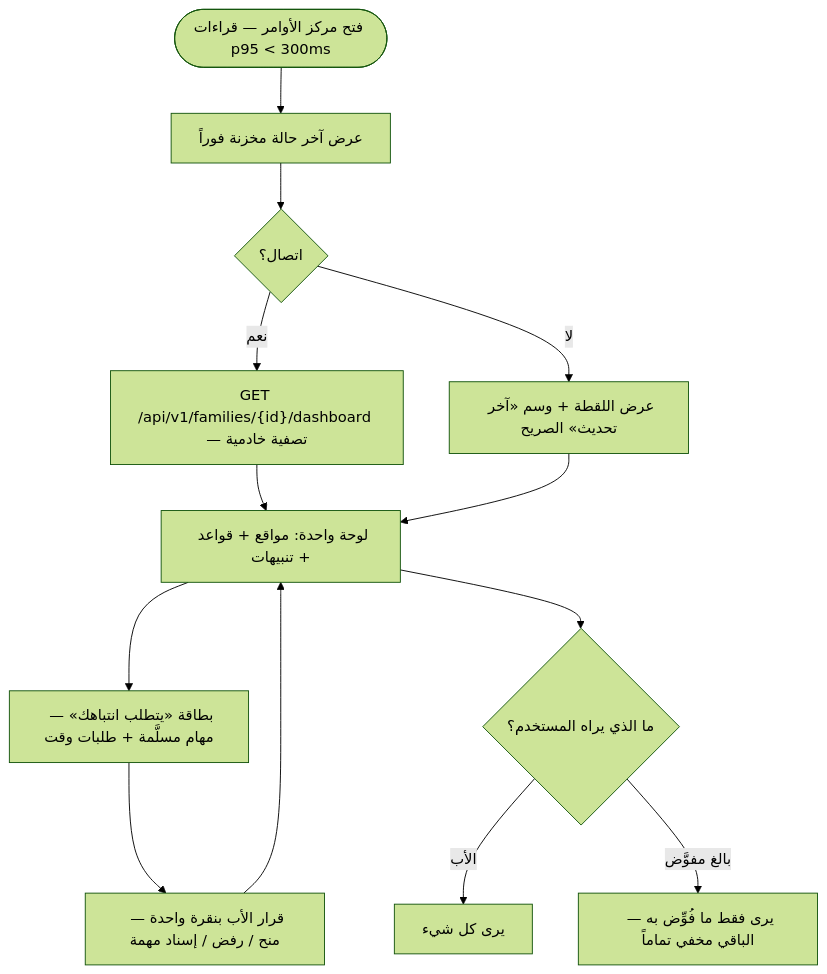
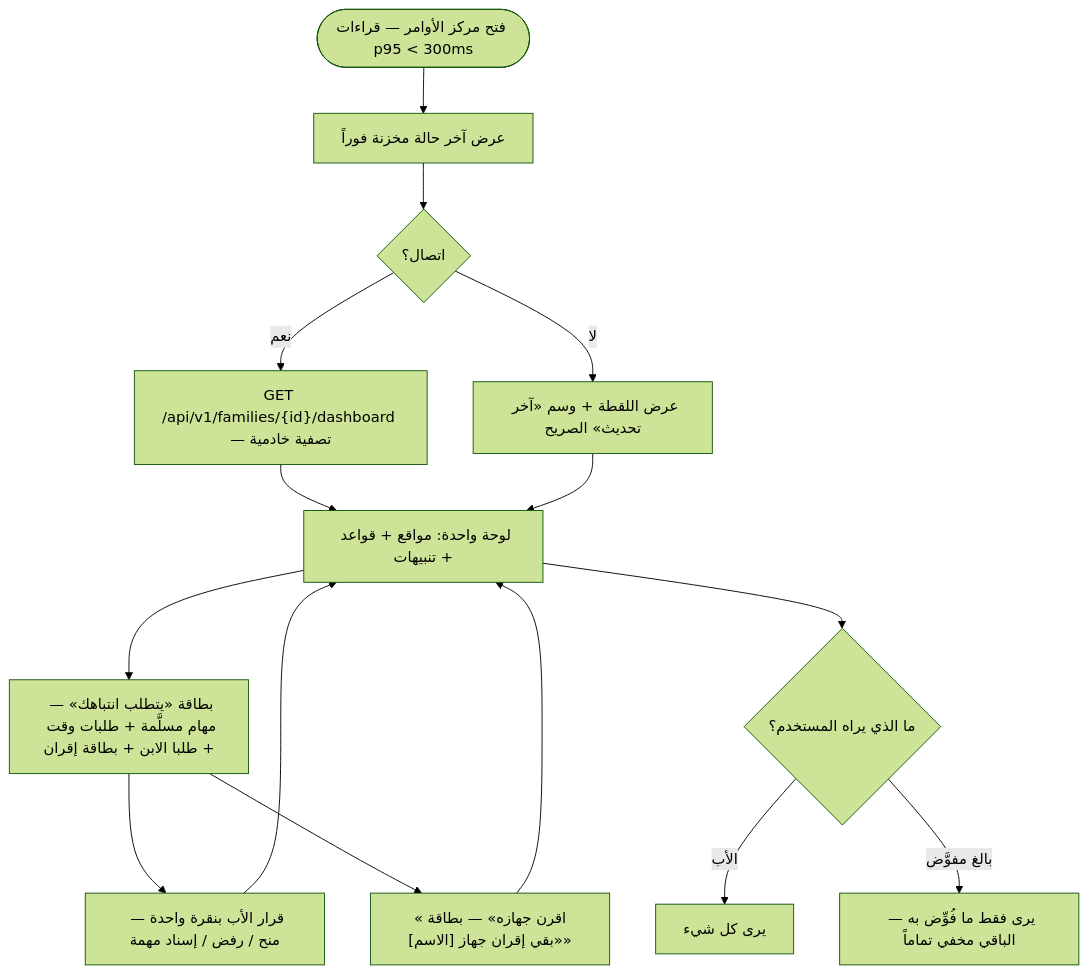
Before and after one commit to Bassam-mohammed-alqaeadi/family-os-v2: diagram 17 of 34 in docs/family-os/governance/phases/phase-1/S1-09-command-center-and-settings/DIAGRAMS.md, drawn with Mermaid (forest theme). The commit also changed other lines of this file, not shown here.

Commit message:
Q-440: S1-09 — تسلسل طلبات الابن 3-ك وبطاقات الإقران وإزالة الاقتباس

````diff
--- a/docs/family-os/governance/phases/phase-1/S1-09-command-center-and-settings/DIAGRAMS.md
+++ b/docs/family-os/governance/phases/phase-1/S1-09-command-center-and-settings/DIAGRAMS.md
@@ -627,15 +702,17 @@
 ```mermaid
 flowchart TD
     Start([فتح مركز الأوامر — قراءات p95 < 300ms]) --> Cached[عرض آخر حالة مخزنة فوراً]
     Cached --> Conn{اتصال؟}
     Conn -->|نعم| Fetch["GET /api/v1/families/{id}/dashboard — تصفية خادمية"]
     Conn -->|لا| Stamp["عرض اللقطة + وسم «آخر تحديث» الصريح"]
     Fetch --> Dash[لوحة واحدة: مواقع + قواعد + تنبيهات]
     Stamp --> Dash
-    Dash --> Attn["بطاقة «يتطلب انتباهك» — مهام مسلَّمة + طلبات وقت"]
+    Dash --> Attn["بطاقة «يتطلب انتباهك» — مهام مسلَّمة + طلبات وقت + طلبا الابن + بطاقة إقران"]
     Attn --> Decide[قرار الأب بنقرة واحدة — منح / رفض / إسناد مهمة]
     Decide --> Dash
+    Attn --> Pair["«اقرن جهازه» — بطاقة «بقي إقران جهاز [الاسم]»"]
+    Pair --> Dash
     Dash --> See{ما الذي يراه المستخدم؟}
     See -->|الأب| All[يرى كل شيء]
     See -->|بالغ مفوَّض| Only[يرى فقط ما فُوِّض به — الباقي مخفي تماماً]
 ```
````
